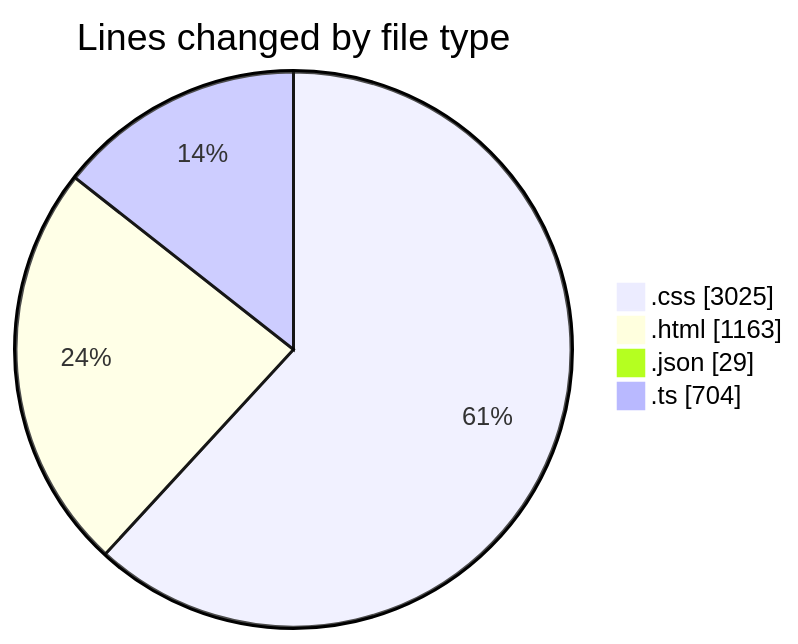
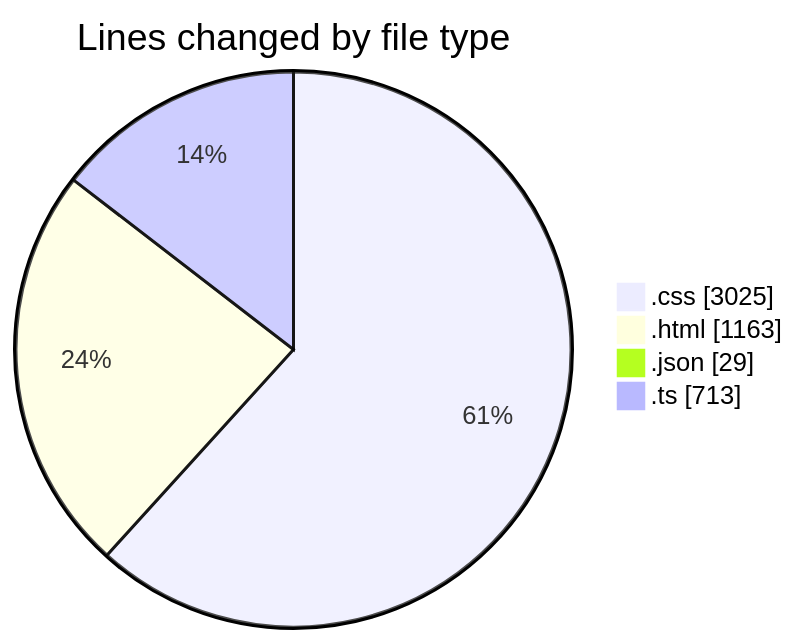
Before and after one commit to igalym/code-tracking: the first of 2 diagrams in 2025-12-30/budget_front_nest/README.md, drawn with Mermaid. The commit also changed other lines of this file and 1 other file, not shown here.

````diff
--- a/2025-12-30/budget_front_nest/README.md
+++ b/2025-12-30/budget_front_nest/README.md
@@ -33,8 +33,8 @@
 ```mermaid
 pie showData
 title Lines changed by file type
 ".css" : 3025
 ".html" : 1163
 ".json" : 29
-".ts" : 704
+".ts" : 713
 ```
````
